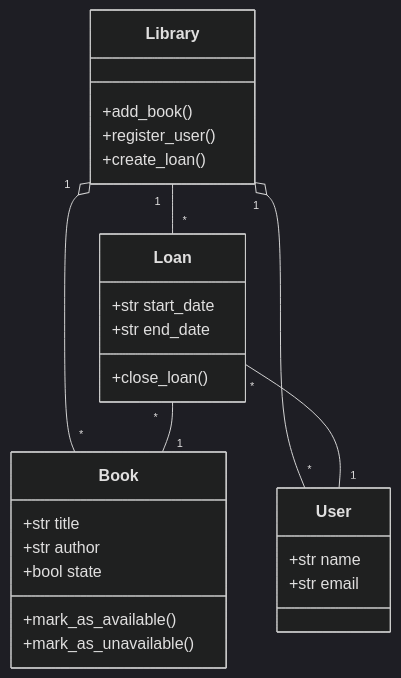
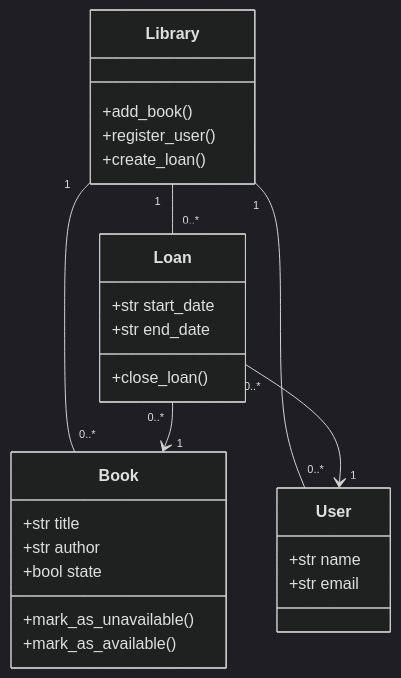
Before and after one commit to RebornLPB/holbertonschool-sw_design_architecture: the diagram in uml_intro/0-class_diagram.mmd, drawn with Mermaid (dark theme).

Commit message:
Fix class diagram for Book and Loan relationships

```diff
--- a/uml_intro/0-class_diagram.mmd
+++ b/uml_intro/0-class_diagram.mmd
@@ -1,31 +1,31 @@
 classDiagram
     class Book {
         +str title
         +str author
         +bool state
+        +mark_as_unavailable()
         +mark_as_available()
-        +mark_as_unavailable()
     }
 
     class User {
         +str name
         +str email
     }
 
     class Loan {
         +str start_date
         +str end_date
         +close_loan()
     }
 
     class Library {
         +add_book()
         +register_user()
         +create_loan()
     }
 
-    Library "1" o-- "*" Book
-    Library "1" o-- "*" User
-    Library "1" -- "*" Loan
-    Loan "*" -- "1" Book
-    Loan "*" -- "1" User
+    Library "1" -- "0..*" Book
+    Library "1" -- "0..*" User
+    Library "1" -- "0..*" Loan
+    Loan "0..*" --> "1" Book
+    Loan "0..*" --> "1" User
```
